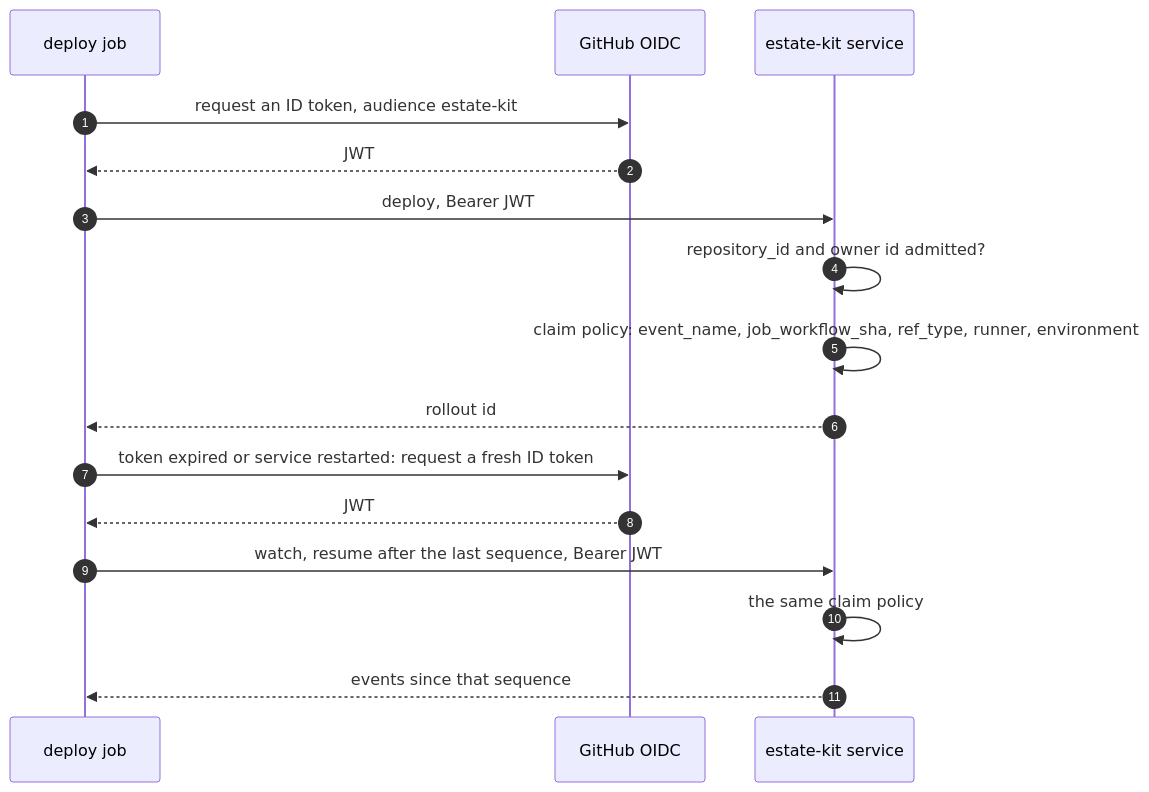
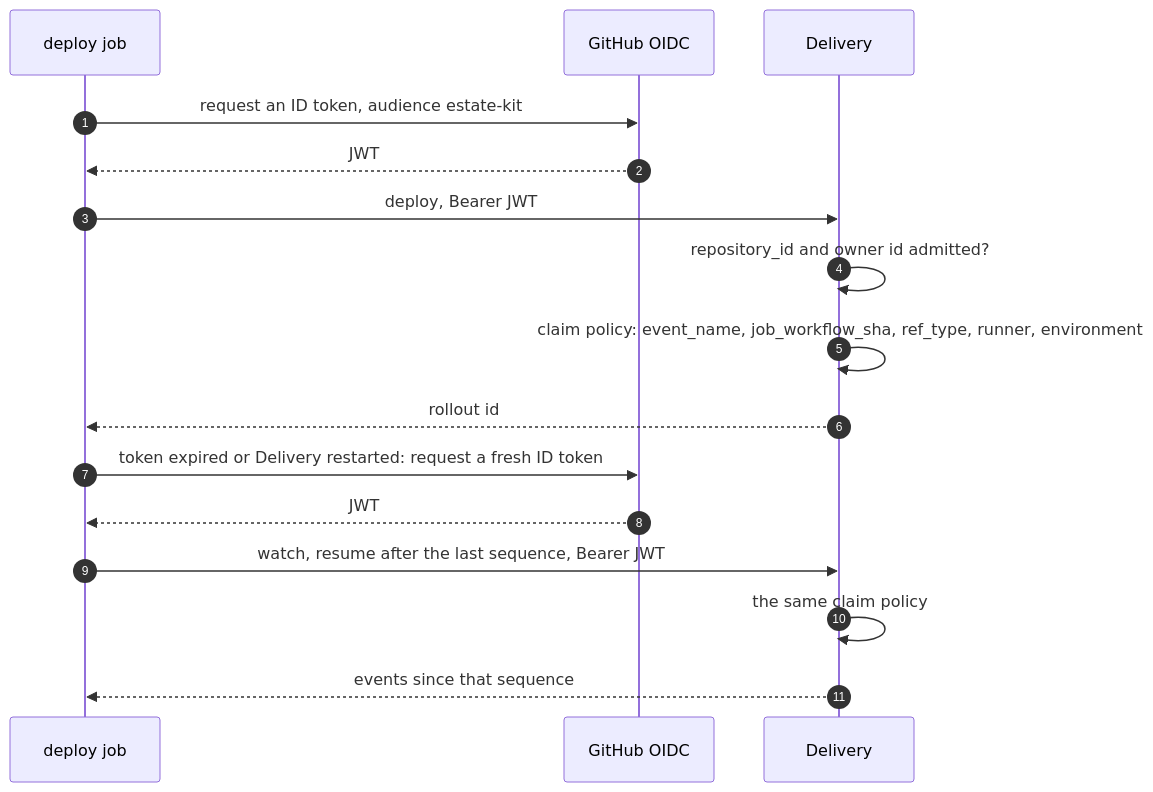
One commit to JorisJonkers-dev/estate-kit changed the diagram in docs/diagrams/raw/seq-auth.mmd. Above: the diagram before and after it, drawn with Mermaid. The commit also changed 152 other files, not shown here.

First line of the commit message:
docs: rename the service to Delivery and add the evaluation's vocabulary (#158)

```diff
--- a/docs/diagrams/raw/seq-auth.mmd
+++ b/docs/diagrams/raw/seq-auth.mmd
@@ -1,17 +1,17 @@
 %% title: Authenticate a deploy call with a GitHub OIDC token
 sequenceDiagram
     autonumber
     participant CI as deploy job
     participant GO as GitHub OIDC
-    participant S as estate-kit service
+    participant S as Delivery
     CI->>GO: request an ID token, audience estate-kit
     GO-->>CI: JWT
     CI->>S: deploy, Bearer JWT
     S->>S: repository_id and owner id admitted?
     S->>S: claim policy: event_name, job_workflow_sha, ref_type, runner, environment
     S-->>CI: rollout id
-    CI->>GO: token expired or service restarted: request a fresh ID token
+    CI->>GO: token expired or Delivery restarted: request a fresh ID token
     GO-->>CI: JWT
     CI->>S: watch, resume after the last sequence, Bearer JWT
     S->>S: the same claim policy
     S-->>CI: events since that sequence
```
